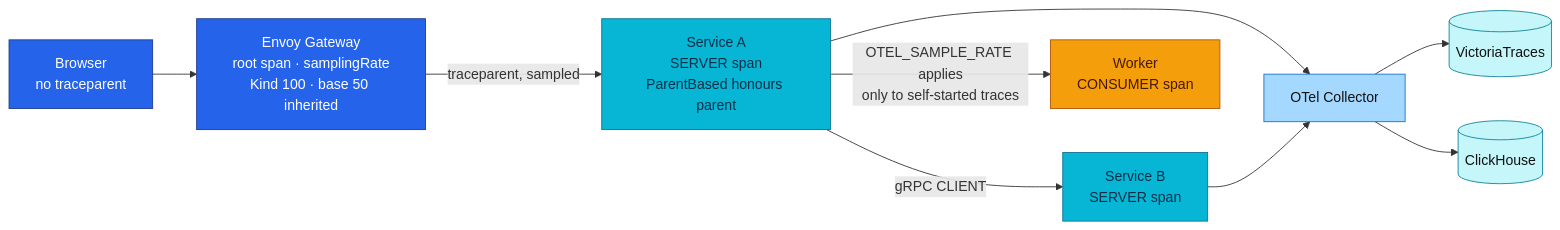
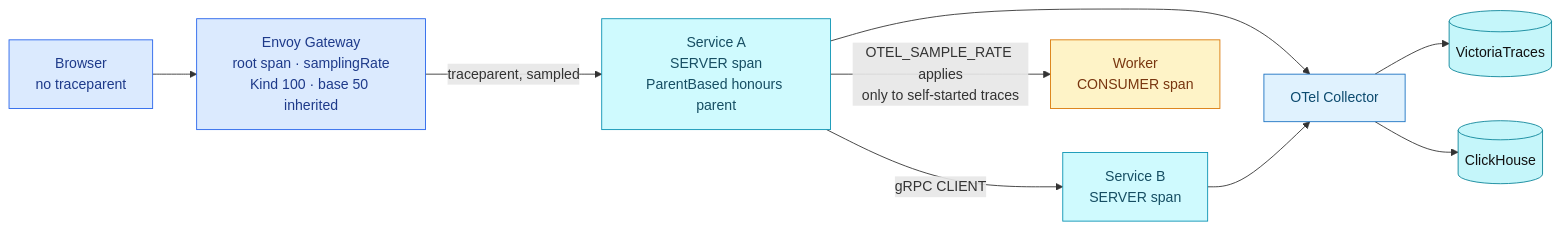
The diagram in docs/proposals/adr/ADR-075-application-tracing-contract/README.md (duynhlab/homelab), drawn with Mermaid before and after one commit. The commit also changed 174 other files, not shown here.

First line of the commit message:
Soft-tint diagram palette, a signal-flow diagram, a Linux-ready Draw.io skill

````diff
--- a/docs/proposals/adr/ADR-075-application-tracing-contract/README.md
+++ b/docs/proposals/adr/ADR-075-application-tracing-contract/README.md
@@ -112,22 +112,22 @@
 ```mermaid
 flowchart LR
     B["Browser<br/>no traceparent"] --> E["Envoy Gateway<br/>root span · samplingRate<br/>Kind 100 · base 50 inherited"]
     E -->|"traceparent, sampled"| S1["Service A<br/>SERVER span<br/>ParentBased honours parent"]
     S1 -->|"gRPC CLIENT"| S2["Service B<br/>SERVER span"]
     S1 -->|"OTEL_SAMPLE_RATE applies<br/>only to self-started traces"| W["Worker<br/>CONSUMER span"]
     S1 --> X["OTel Collector"]
     S2 --> X
     X --> VT[("VictoriaTraces")]
     X --> CH[("ClickHouse")]
 
-    classDef edge fill:#2563eb,color:#fff,stroke:#1e3a8a;
-    classDef service fill:#06b6d4,color:#082f49,stroke:#0e7490;
-    classDef worker fill:#f59e0b,color:#451a03,stroke:#b45309;
-    classDef collector fill:#a5d8ff,color:#111,stroke:#1971c2;
+    classDef edge fill:#dbeafe,color:#1e3a8a,stroke:#2563eb;
+    classDef service fill:#cffafe,color:#164e63,stroke:#0891b2;
+    classDef worker fill:#fef3c7,color:#78350f,stroke:#d97706;
+    classDef collector fill:#e0f2fe,color:#0c4a6e,stroke:#1971c2;
     classDef trace fill:#c5f6fa,color:#111,stroke:#0c8599;
     class B,E edge;
     class S1,S2 service;
     class W worker;
     class X collector;
     class VT,CH trace;
 ```
````
